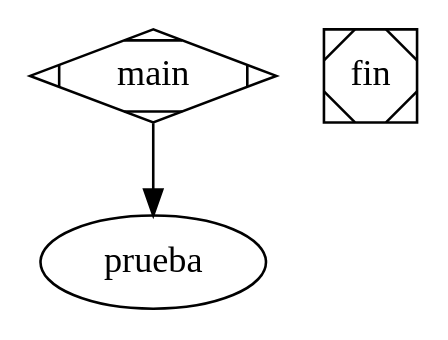
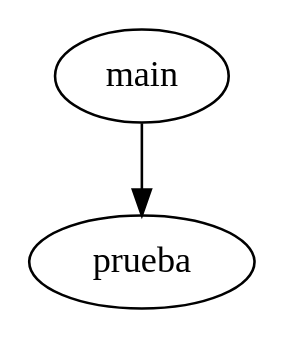
Before and after one commit to SergiodelaMata/PEC3AnalizadorLenguaje: the diagram in antlr/gramaticas/Funciones1.dot, drawn with Graphviz.

Commit message:
Funciones1 cambio grafo

```diff
--- a/antlr/gramaticas/Funciones1.dot
+++ b/antlr/gramaticas/Funciones1.dot
@@ -1,7 +1,6 @@
 //lenguaje.prog
 digraph Funciones1 {
 
-	main -> prueba //-> fin;
-	main [shape=Mdiamond];
-	fin [shape=Msquare];
+	main -> prueba;
+	
 }
```
